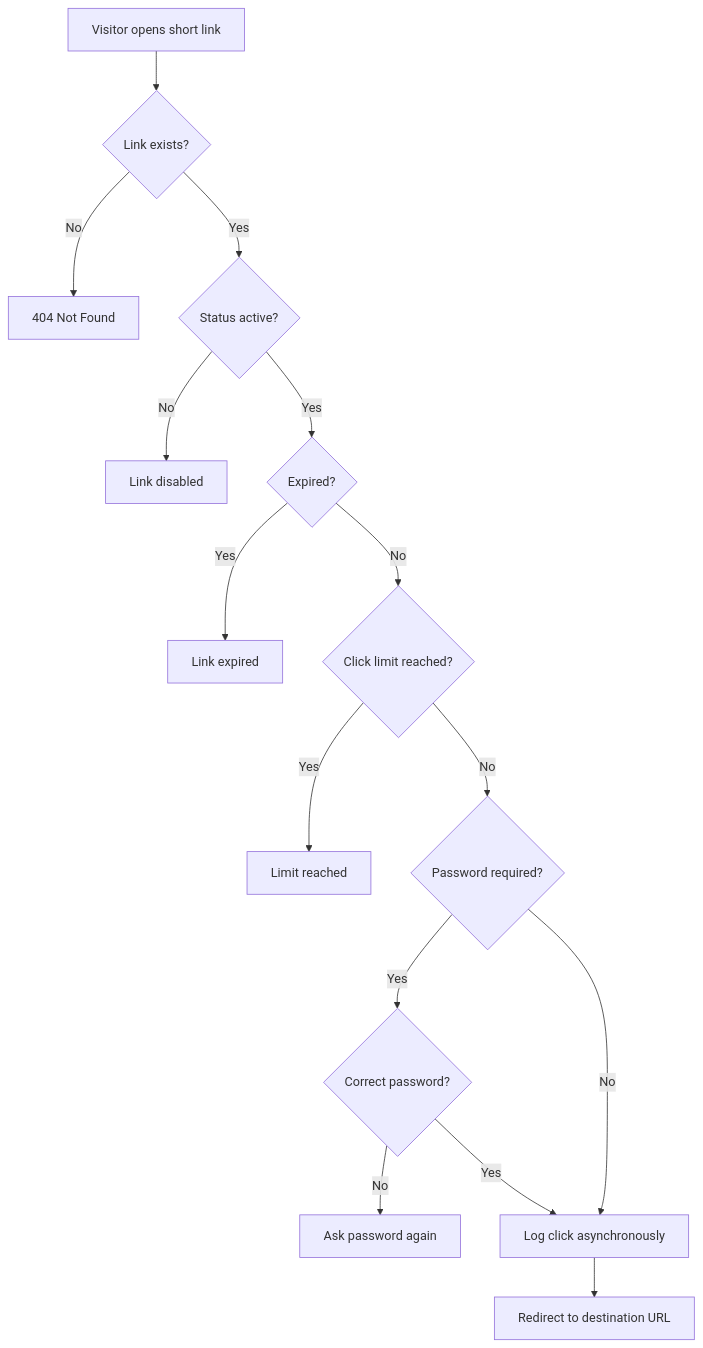
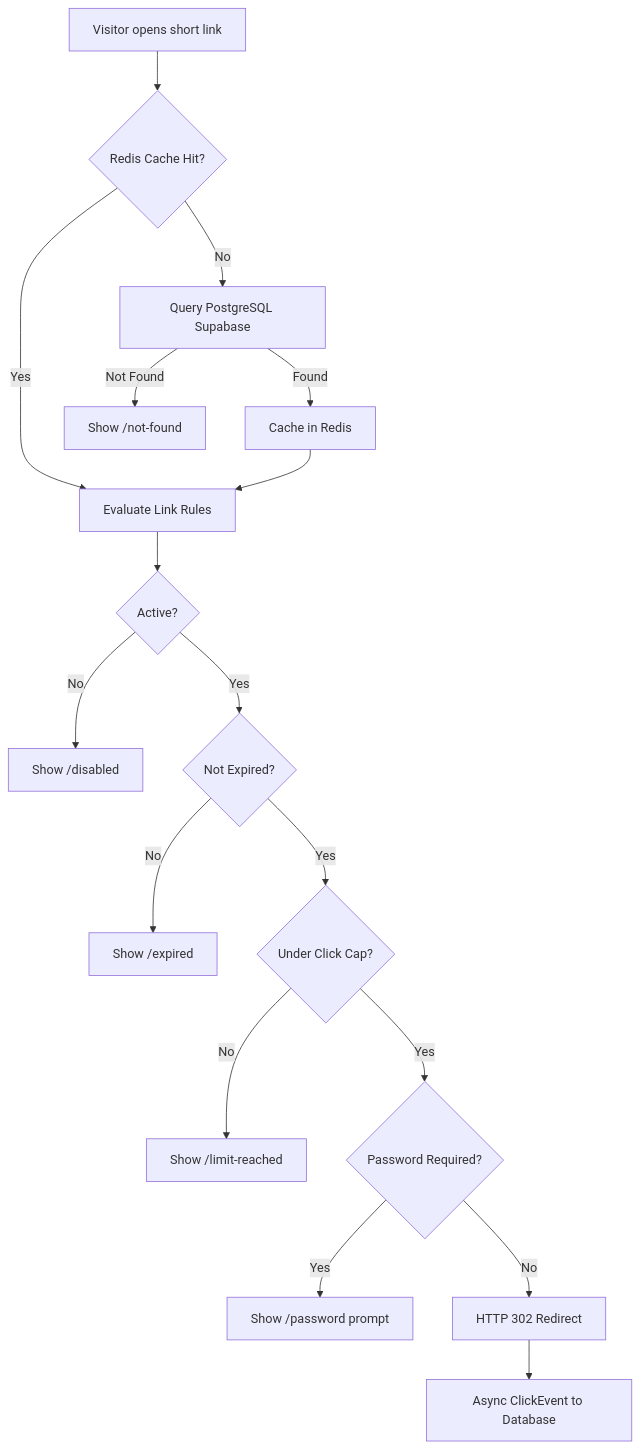
The diagram in README.md (tejas0629/codeXplorer-linkpulse), drawn with Mermaid before and after one commit. The commit also changed other lines of this file and 11 other files, not shown here.

````diff
--- a/README.md
+++ b/README.md
@@ -143,17 +56,18 @@
 ```mermaid
 flowchart TD
-    A[Visitor opens short link] --> B{Link exists?}
-    B -- No --> X1[404 Not Found]
-    B -- Yes --> C{Status active?}
-    C -- No --> X2[Link disabled]
-    C -- Yes --> D{Expired?}
-    D -- Yes --> X3[Link expired]
-    D -- No --> E{Click limit reached?}
-    E -- Yes --> X4[Limit reached]
-    E -- No --> F{Password required?}
-    F -- Yes --> G{Correct password?}
-    G -- No --> X5[Ask password again]
-    G -- Yes --> H[Log click asynchronously]
-    F -- No --> H
-    H --> I[Redirect to destination URL]
+    A[Visitor opens short link] --> B{Redis Cache Hit?}
+    B -- Yes --> D[Evaluate Link Rules]
+    B -- No --> C[Query PostgreSQL Supabase]
+    C -->|Found| PutCache[Cache in Redis] --> D
+    C -->|Not Found| NF[Show /not-found]
+    D --> E{Active?}
+    E -- No --> Dis[Show /disabled]
+    E -- Yes --> F{Not Expired?}
+    F -- No --> Exp[Show /expired]
+    F -- Yes --> G{Under Click Cap?}
+    G -- No --> Lim[Show /limit-reached]
+    G -- Yes --> H{Password Required?}
+    H -- Yes --> Pwd[Show /password prompt]
+    H -- No --> Redir[HTTP 302 Redirect]
+    Redir --> Log[Async ClickEvent to Database]
 ```
````
